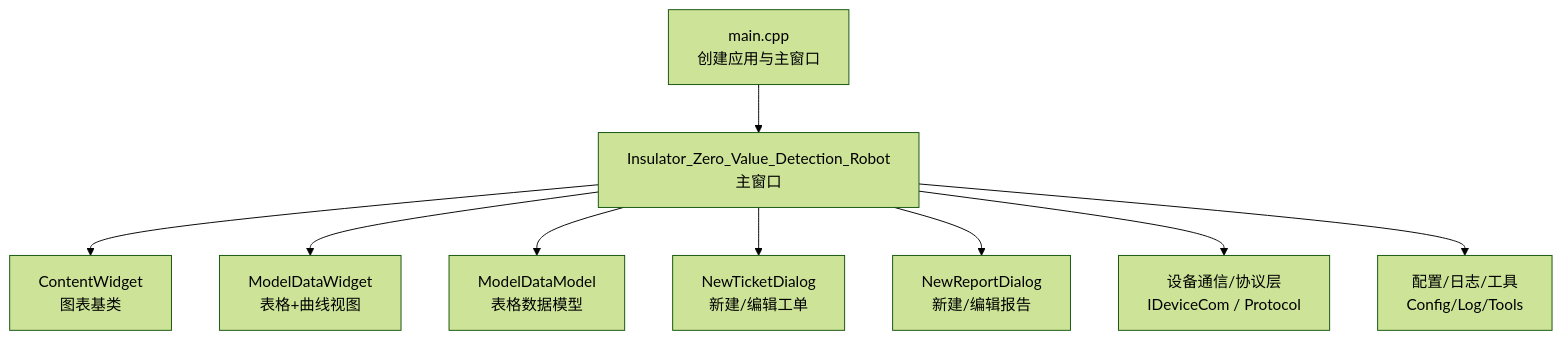
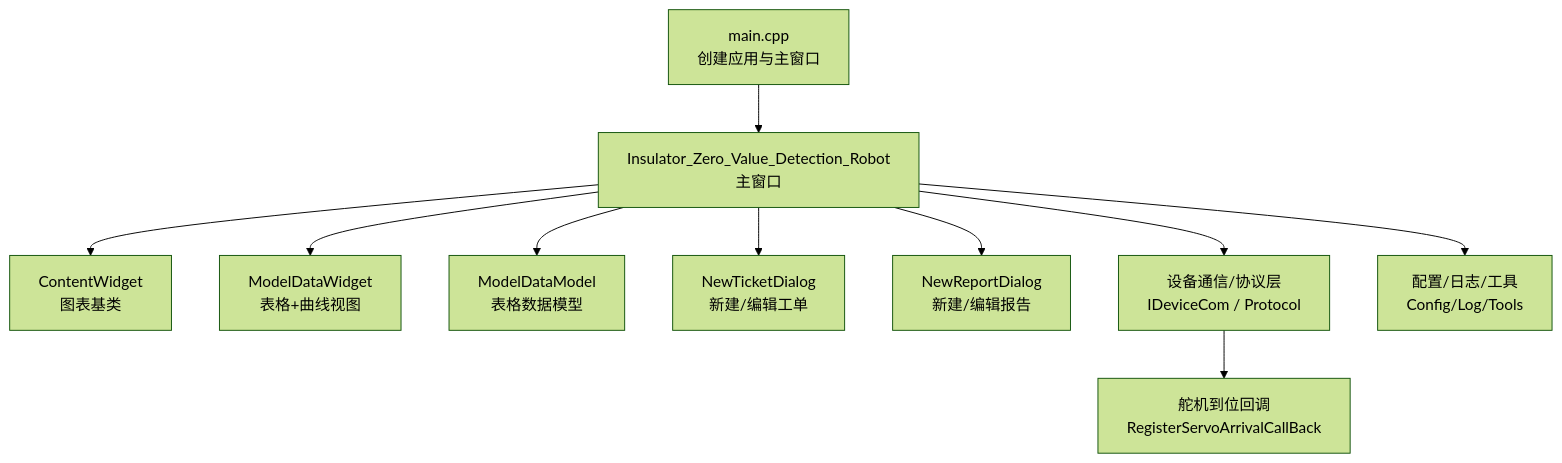
One commit to yangreest/Zero-value-Insulator-Robot-V2 changed the first of 6 diagrams in .qoder/repowiki/zh/content/系统架构/模块结构/UI模块.md. Above: the diagram before and after it, drawn with Mermaid (forest theme). The commit also changed other lines of this file and 4 other files, not shown here.

````diff
--- a/.qoder/repowiki/zh/content/系统架构/模块结构/UI模块.md
+++ b/.qoder/repowiki/zh/content/系统架构/模块结构/UI模块.md
@@ -37,11 +45,12 @@
 ```mermaid
 graph TB
 A["main.cpp<br/>创建应用与主窗口"] --> B["Insulator_Zero_Value_Detection_Robot<br/>主窗口"]
 B --> C["ContentWidget<br/>图表基类"]
 B --> D["ModelDataWidget<br/>表格+曲线视图"]
 B --> E["ModelDataModel<br/>表格数据模型"]
 B --> F["NewTicketDialog<br/>新建/编辑工单"]
 B --> G["NewReportDialog<br/>新建/编辑报告"]
 B --> H["设备通信/协议层<br/>IDeviceCom / Protocol"]
 B --> I["配置/日志/工具<br/>Config/Log/Tools"]
+H --> J["舵机到位回调<br/>RegisterServoArrivalCallBack"]
 ```
````
